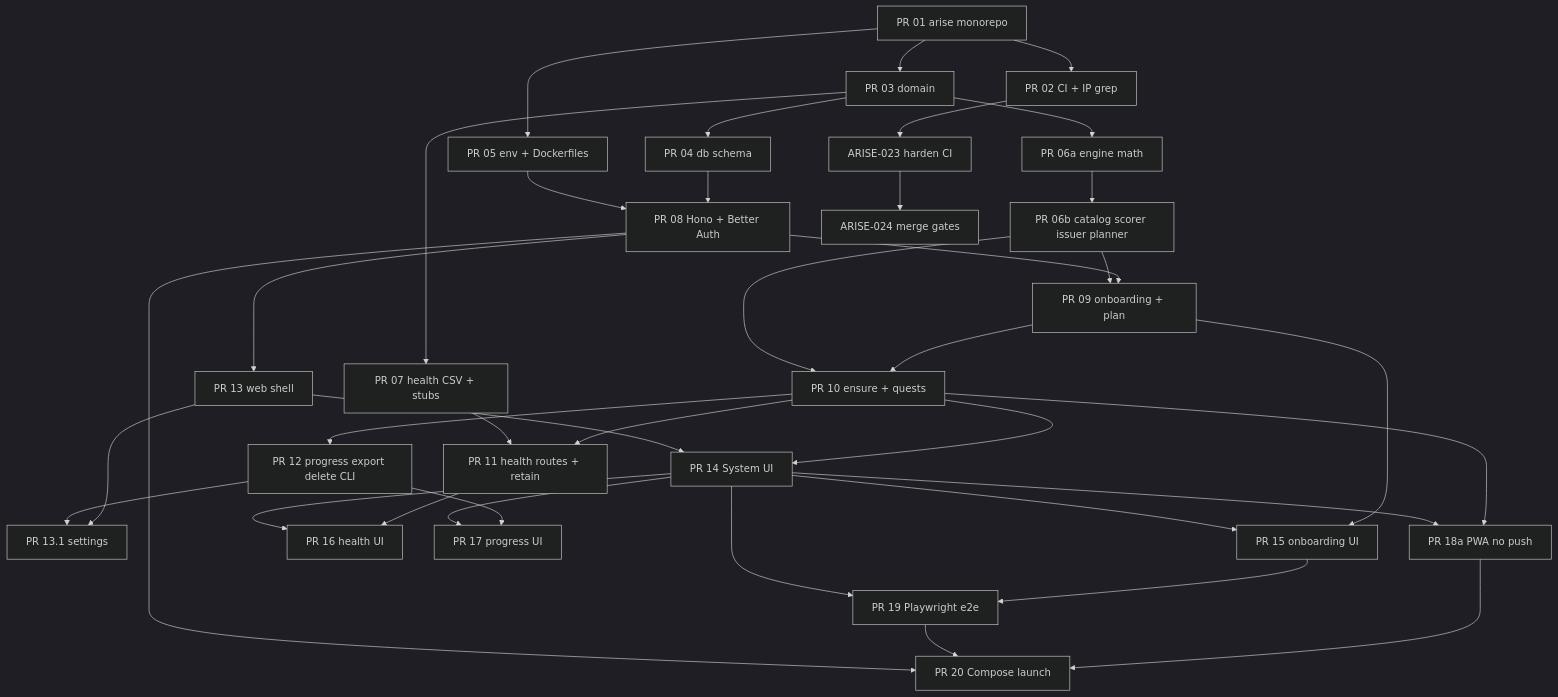
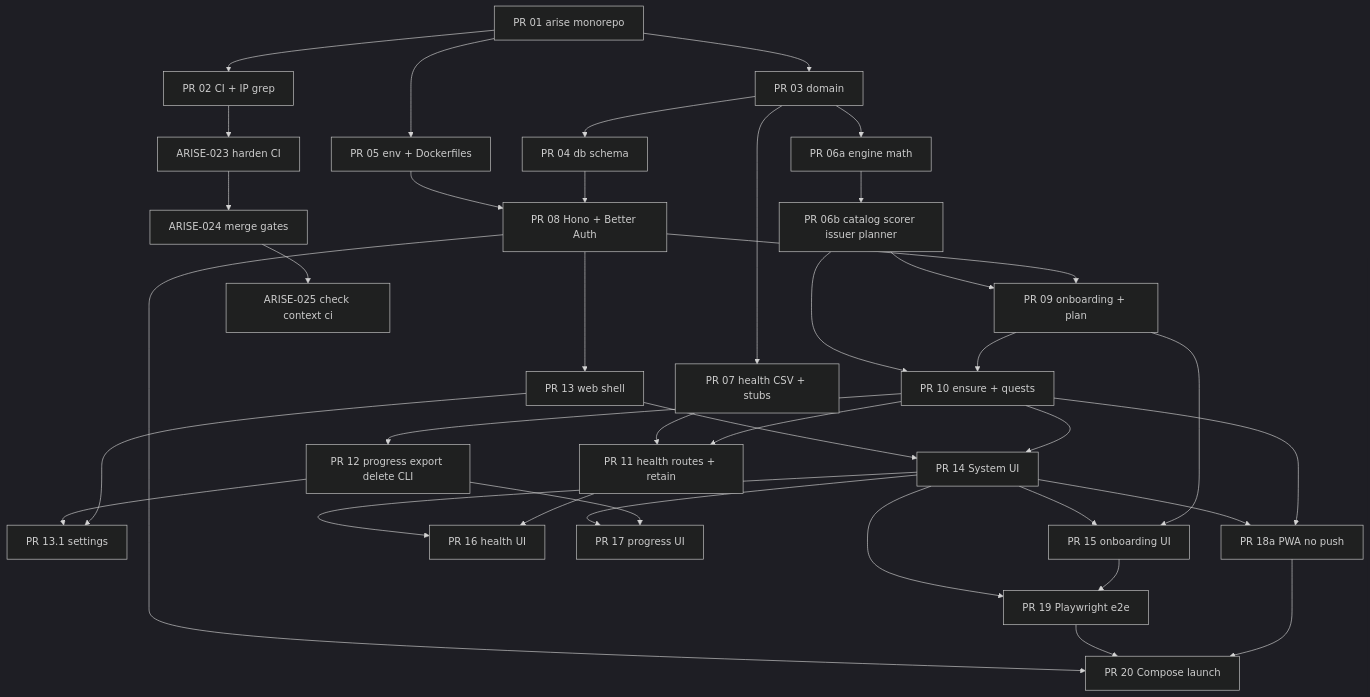
One commit to timus97/Arise changed the first of 2 diagrams in docs/backlog/SPRINT_BOARD.md. Above: the diagram before and after it, drawn with Mermaid (dark theme). The commit also changed other lines of this file and 2 other files, not shown here.

````diff
--- a/docs/backlog/SPRINT_BOARD.md
+++ b/docs/backlog/SPRINT_BOARD.md
@@ -24,58 +24,59 @@
 ```mermaid
 flowchart TB
   PR01[PR 01 arise monorepo]
   PR02[PR 02 CI + IP grep]
   PR03[PR 03 domain]
   PR04[PR 04 db schema]
   PR05[PR 05 env + Dockerfiles]
   PR06a[PR 06a engine math]
   PR06b[PR 06b catalog scorer issuer planner]
   PR07[PR 07 health CSV + stubs]
   PR08[PR 08 Hono + Better Auth]
   PR09[PR 09 onboarding + plan]
   PR10[PR 10 ensure + quests]
   PR11[PR 11 health routes + retain]
   PR12[PR 12 progress export delete CLI]
   PR13[PR 13 web shell]
   PR131[PR 13.1 settings]
   PR14[PR 14 System UI]
   PR15[PR 15 onboarding UI]
   PR16[PR 16 health UI]
   PR17[PR 17 progress UI]
   PR18a[PR 18a PWA no push]
   PR19[PR 19 Playwright e2e]
   PR20[PR 20 Compose launch]
 
   PR01 --> PR02
   PR01 --> PR03 --> PR04
   PR01 --> PR05
   PR03 --> PR06a --> PR06b
   PR03 --> PR07
   PR04 --> PR08
   PR05 --> PR08
   PR08 --> PR09 --> PR10
   PR06b --> PR09
   PR06b --> PR10
   PR10 --> PR11
   PR07 --> PR11
   PR10 --> PR12
   PR08 --> PR13 --> PR131
   PR02 --> CI023[ARISE-023 harden CI]
   CI023 --> CI024[ARISE-024 merge gates]
+  CI024 --> CI025[ARISE-025 check context ci]
   PR12 --> PR131
   PR10 --> PR14
   PR13 --> PR14
   PR09 --> PR15
   PR14 --> PR15
   PR11 --> PR16
   PR14 --> PR16
   PR12 --> PR17
   PR14 --> PR17
   PR10 --> PR18a
   PR14 --> PR18a
   PR15 --> PR19
   PR14 --> PR19
   PR18a --> PR20
   PR19 --> PR20
   PR08 --> PR20
 ```
````
